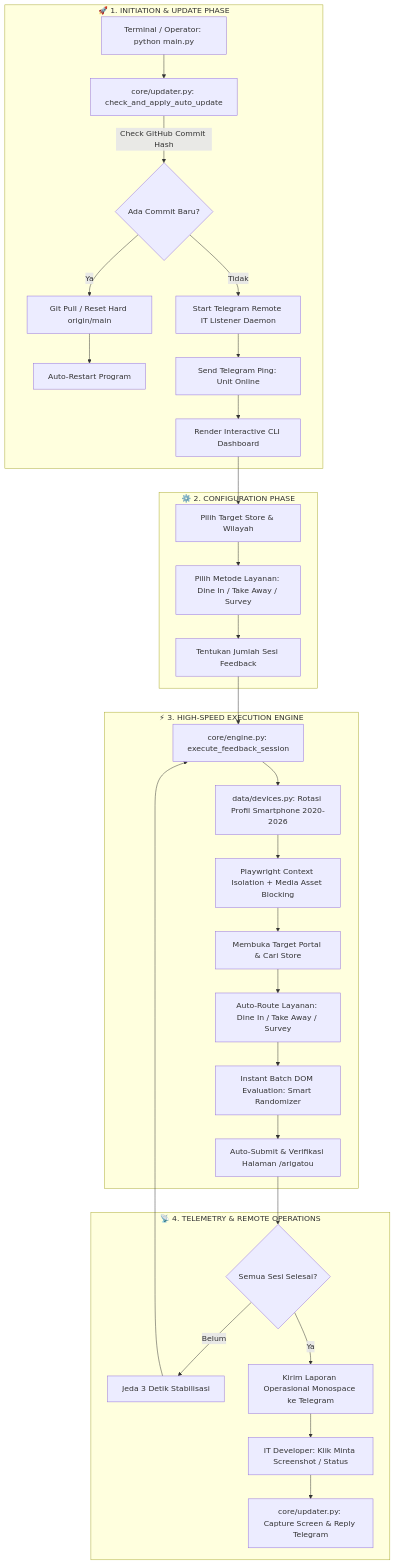
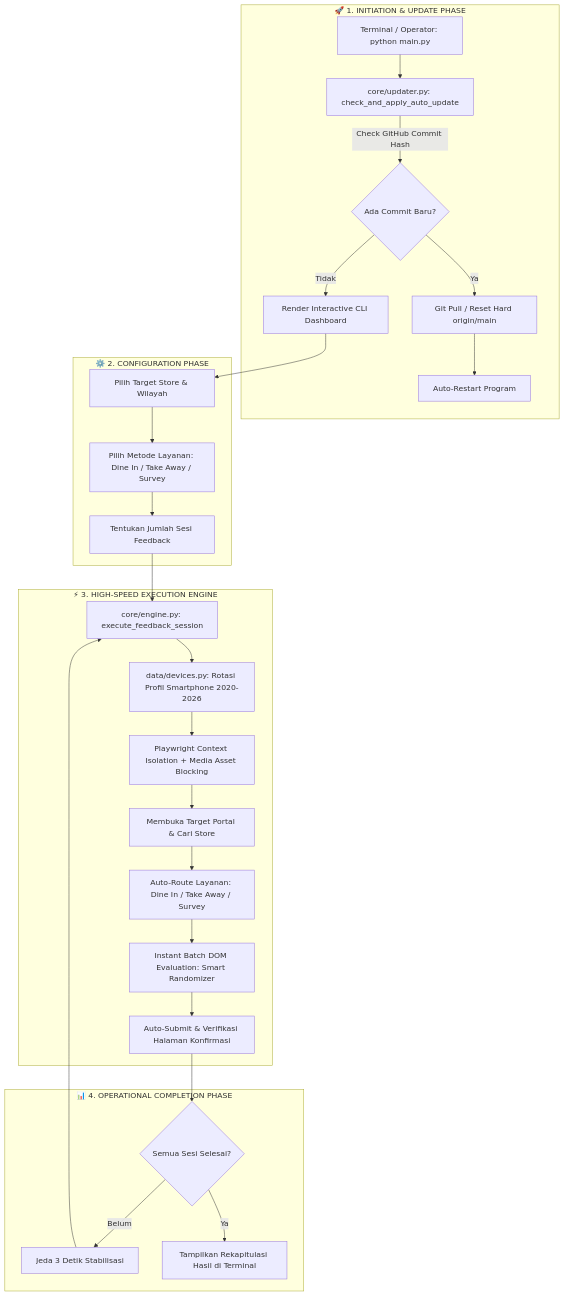
One commit to dferdiantnn/fbhb changed the diagram in README.md. Above: the diagram before and after it, drawn with Mermaid. The commit also changed other lines of this file and 3 other files, not shown here.

````diff
--- a/README.md
+++ b/README.md
@@ -20,36 +23,32 @@
 ```mermaid
 flowchart TD
     subgraph LaunchPhase ["🚀 1. INITIATION & UPDATE PHASE"]
         A[Terminal / Operator: python main.py] --> B[core/updater.py: check_and_apply_auto_update]
         B -->|Check GitHub Commit Hash| C{Ada Commit Baru?}
         C -->|Ya| D[Git Pull / Reset Hard origin/main]
         D --> E[Auto-Restart Program]
-        C -->|Tidak| F[Start Telegram Remote IT Listener Daemon]
-        F --> G[Send Telegram Ping: Unit Online]
-        G --> H[Render Interactive CLI Dashboard]
+        C -->|Tidak| F[Render Interactive CLI Dashboard]
     end
 
     subgraph ConfigPhase ["⚙️ 2. CONFIGURATION PHASE"]
-        H --> I[Pilih Target Store & Wilayah]
-        I --> J[Pilih Metode Layanan: Dine In / Take Away / Survey]
-        J --> K[Tentukan Jumlah Sesi Feedback]
+        F --> G[Pilih Target Store & Wilayah]
+        G --> H[Pilih Metode Layanan: Dine In / Take Away / Survey]
+        H --> I[Tentukan Jumlah Sesi Feedback]
     end
 
     subgraph ExecutionPhase ["⚡ 3. HIGH-SPEED EXECUTION ENGINE"]
-        K --> L[core/engine.py: execute_feedback_session]
-        L --> M[data/devices.py: Rotasi Profil Smartphone 2020-2026]
-        M --> N[Playwright Context Isolation + Media Asset Blocking]
-        N --> O[Membuka Target Portal & Cari Store]
-        O --> P[Auto-Route Layanan: Dine In / Take Away / Survey]
-        P --> Q[Instant Batch DOM Evaluation: Smart Randomizer]
-        Q --> R[Auto-Submit & Verifikasi Halaman /arigatou]
+        I --> J[core/engine.py: execute_feedback_session]
+        J --> K[data/devices.py: Rotasi Profil Smartphone 2020-2026]
+        K --> L[Playwright Context Isolation + Media Asset Blocking]
+        L --> M[Membuka Target Portal & Cari Store]
+        M --> N[Auto-Route Layanan: Dine In / Take Away / Survey]
+        N --> O[Instant Batch DOM Evaluation: Smart Randomizer]
+        O --> P[Auto-Submit & Verifikasi Halaman Konfirmasi]
     end
 
-    subgraph ReportPhase ["📡 4. TELEMETRY & REMOTE OPERATIONS"]
-        R --> S{Semua Sesi Selesai?}
-        S -->|Belum| T[Jeda 3 Detik Stabilisasi] --> L
-        S -->|Ya| U[Kirim Laporan Operasional Monospace ke Telegram]
-        U --> V[IT Developer: Klik Minta Screenshot / Status]
-        V --> W[core/updater.py: Capture Screen & Reply Telegram]
+    subgraph CompletionPhase ["📊 4. OPERATIONAL COMPLETION PHASE"]
+        P --> Q{Semua Sesi Selesai?}
+        Q -->|Belum| R[Jeda 3 Detik Stabilisasi] --> J
+        Q -->|Ya| S[Tampilkan Rekapitulasi Hasil di Terminal]
     end
 ```
````
